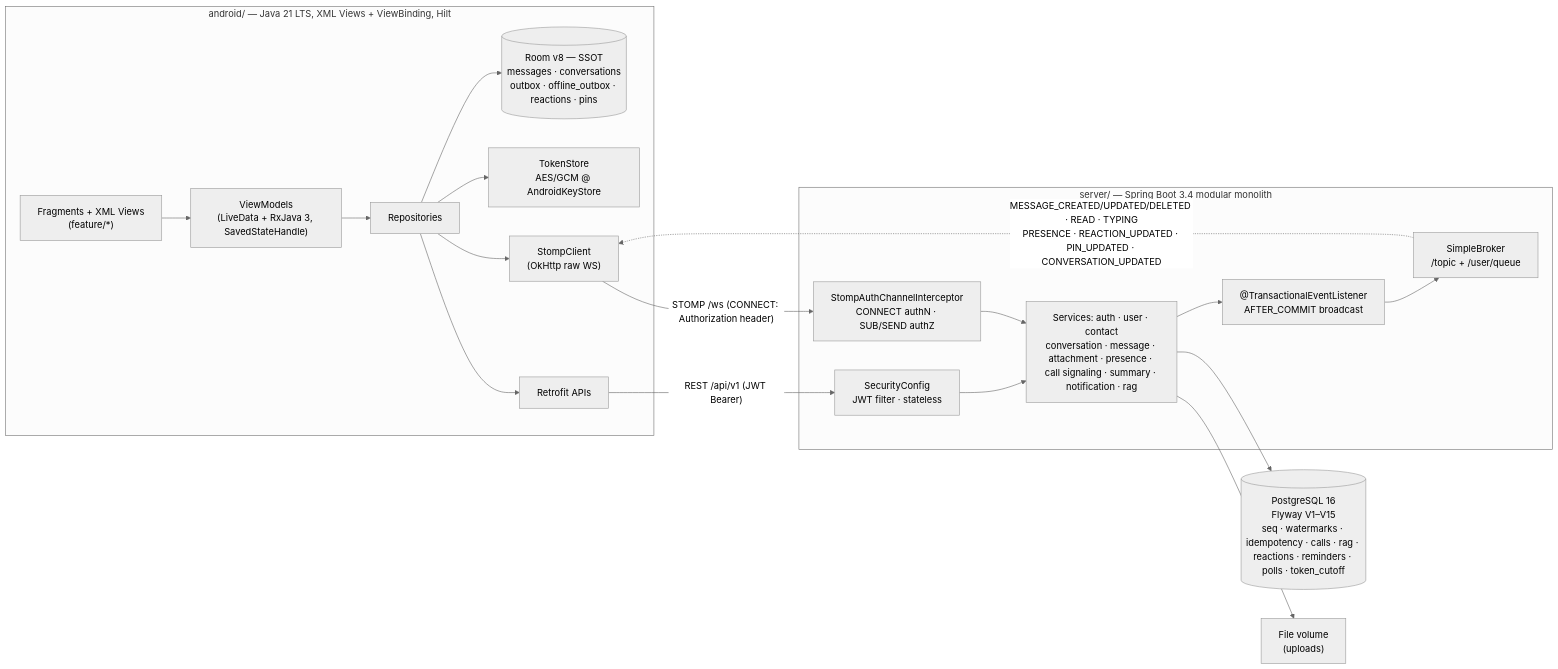
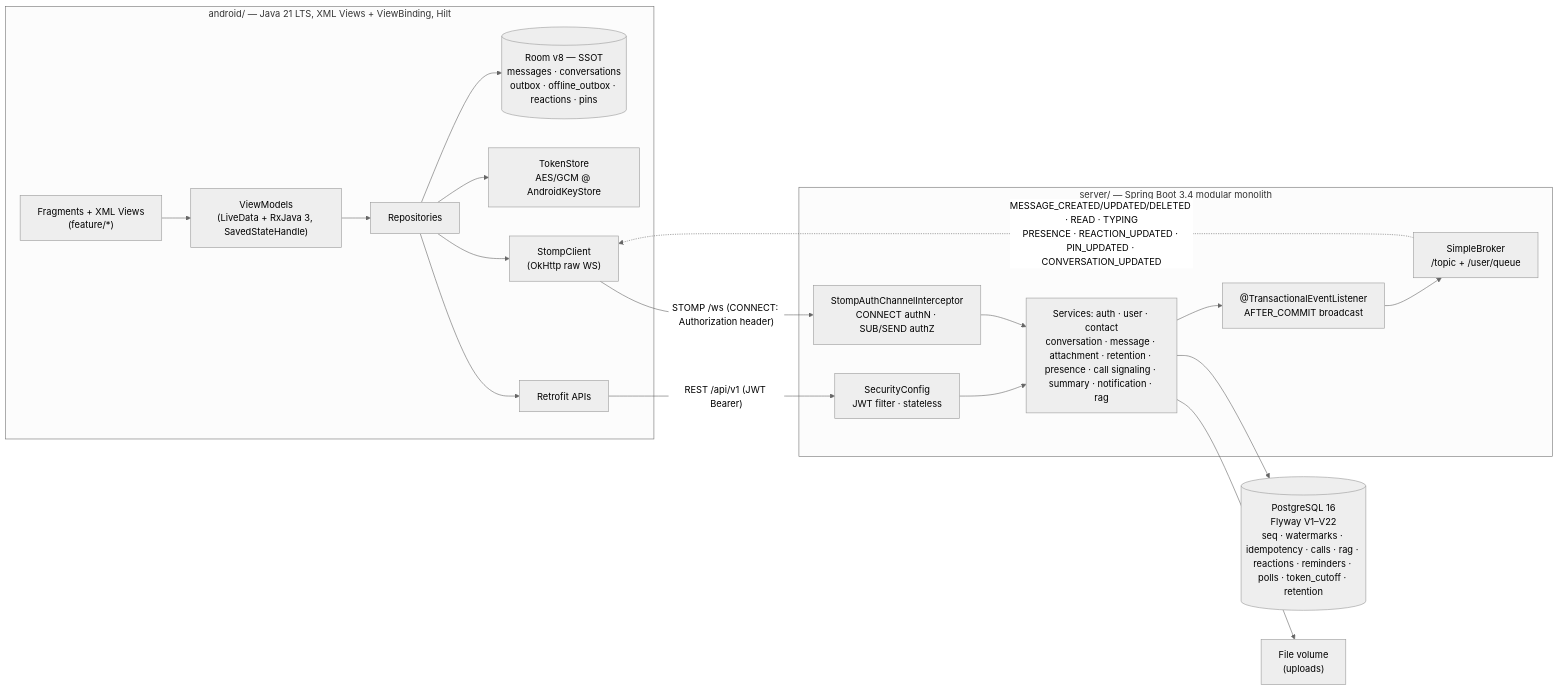
One commit to JasonTM17/Nexachat_AppJ changed the diagram in README.md. Above: the diagram before and after it, drawn with Mermaid (neutral theme). The commit also changed other lines of this file and 29 other files, not shown here.

````diff
--- a/README.md
+++ b/README.md
@@ -105,29 +105,29 @@
 ```mermaid
 flowchart LR
     subgraph Android["android/ — Java 21 LTS, XML Views + ViewBinding, Hilt"]
         UI["Fragments + XML Views<br/>(feature/*)"] --> VM["ViewModels<br/>(LiveData + RxJava 3, SavedStateHandle)"]
         VM --> REPO["Repositories"]
         REPO --> ROOM[("Room v8 — SSOT<br/>messages · conversations<br/>outbox · offline_outbox · reactions · pins")]
         REPO --> TS["TokenStore<br/>AES/GCM @ AndroidKeyStore"]
         REPO --> ST["StompClient<br/>(OkHttp raw WS)"]
         REPO --> RT["Retrofit APIs"]
     end
 
     subgraph Server["server/ — Spring Boot 3.4 modular monolith"]
         SEC["SecurityConfig<br/>JWT filter · stateless"]
         INT["StompAuthChannelInterceptor<br/>CONNECT authN · SUB/SEND authZ"]
-        SVC["Services: auth · user · contact<br/>conversation · message · attachment · presence · call signaling · summary · notification · rag"]
+        SVC["Services: auth · user · contact<br/>conversation · message · attachment · retention · presence · call signaling · summary · notification · rag"]
         EVT["@TransactionalEventListener<br/>AFTER_COMMIT broadcast"]
         BR["SimpleBroker<br/>/topic + /user/queue"]
     end
 
-    DB[("PostgreSQL 16<br/>Flyway V1–V15<br/>seq · watermarks · idempotency · calls · rag · reactions · reminders · polls · token_cutoff")]
+    DB[("PostgreSQL 16<br/>Flyway V1–V22<br/>seq · watermarks · idempotency · calls · rag · reactions · reminders · polls · token_cutoff · retention")]
     FS["File volume<br/>(uploads)"]
 
     RT -- "REST /api/v1 (JWT Bearer)" --> SEC --> SVC
     ST -- "STOMP /ws (CONNECT: Authorization header)" --> INT --> SVC
     SVC --> DB
     SVC --> FS
     SVC --> EVT --> BR
     BR -. "MESSAGE_CREATED/UPDATED/DELETED · READ · TYPING<br/>PRESENCE · REACTION_UPDATED · PIN_UPDATED · CONVERSATION_UPDATED" .-> ST
 ```
````
